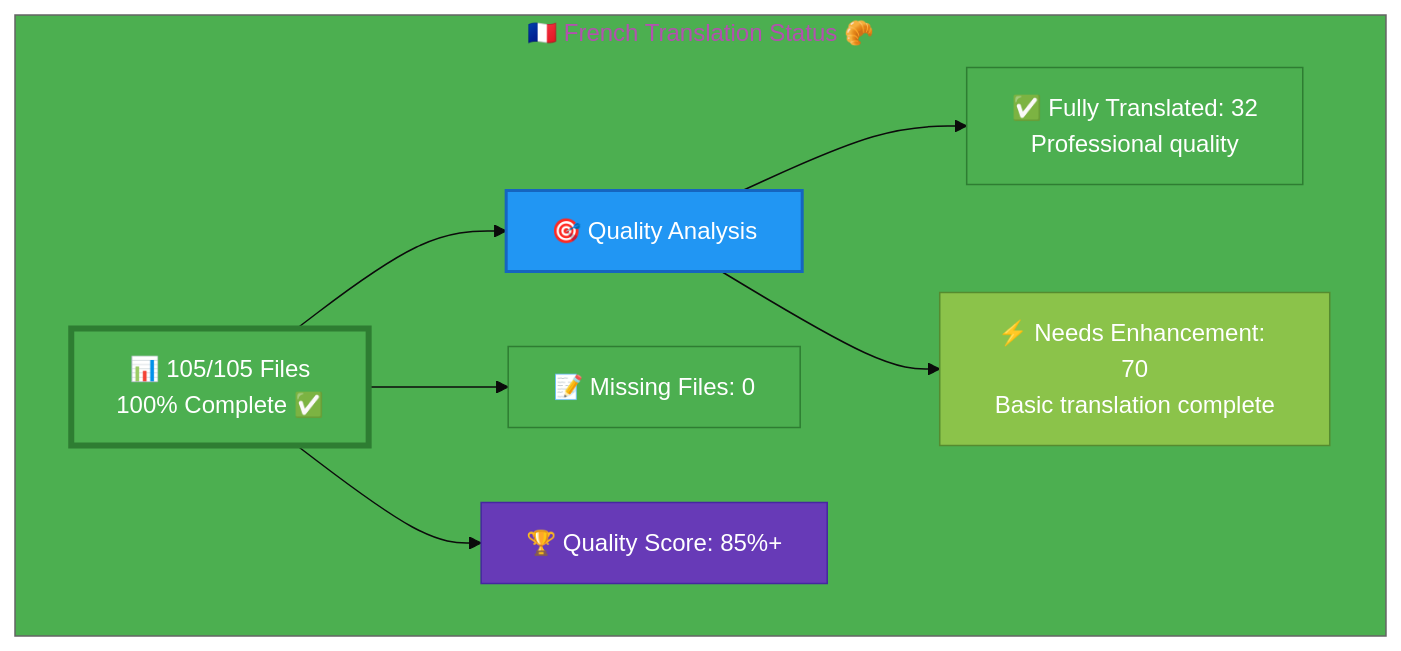
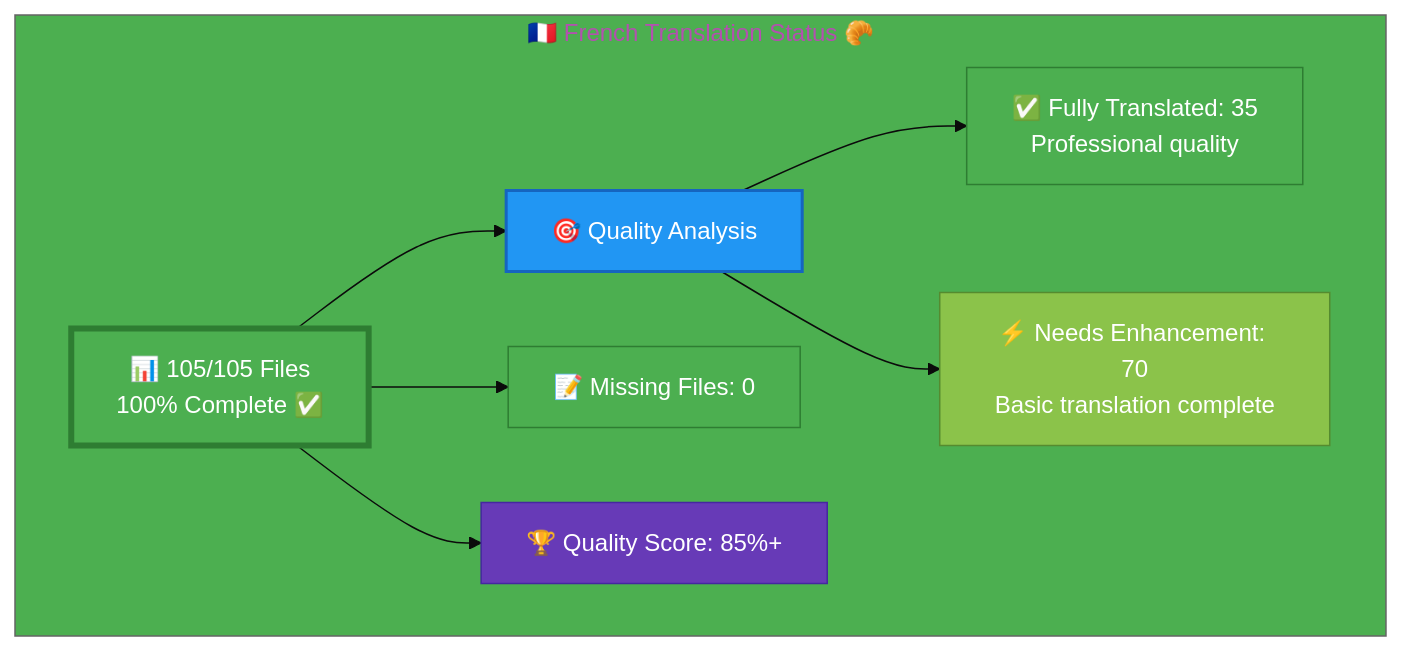
One commit to Hack23/homepage changed the diagram in French-Translation-Status.md. Above: the diagram before and after it, drawn with Mermaid. The commit also changed other lines of this file and 9 other files, not shown here.

````diff
--- a/French-Translation-Status.md
+++ b/French-Translation-Status.md
@@ -12,22 +12,22 @@
 ```mermaid
 %%{init: {'theme':'base', 'themeVariables': {'primaryColor':'#4CAF50','secondaryColor':'#2196F3','tertiaryColor':'#4CAF50','fontSize':'16px'}}}%%
 graph TB
     subgraph "🇫🇷 French Translation Status 🥐"
         A["📊 105/105 Files<br/>100% Complete ✅"]
         
         A --> B["🎯 Quality Analysis"]
-        B --> C["✅ Fully Translated: 32<br/>Professional quality"]
+        B --> C["✅ Fully Translated: 35<br/>Professional quality"]
         B --> D["⚡ Needs Enhancement: 70<br/>Basic translation complete"]
         
         A --> G["📝 Missing Files: 0"]
         
         A --> H["🏆 Quality Score: 85%+"]
         
         style A fill:#4CAF50,stroke:#2E7D32,color:#fff,stroke-width:4px
         style B fill:#2196F3,stroke:#1565C0,color:#fff,stroke-width:2px
         style C fill:#4CAF50,stroke:#2E7D32,color:#fff
         style D fill:#8BC34A,stroke:#558B2F,color:#fff
         style G fill:#4CAF50,stroke:#2E7D32,color:#fff
         style H fill:#673AB7,stroke:#4527A0,color:#fff
     end
 ```
````
